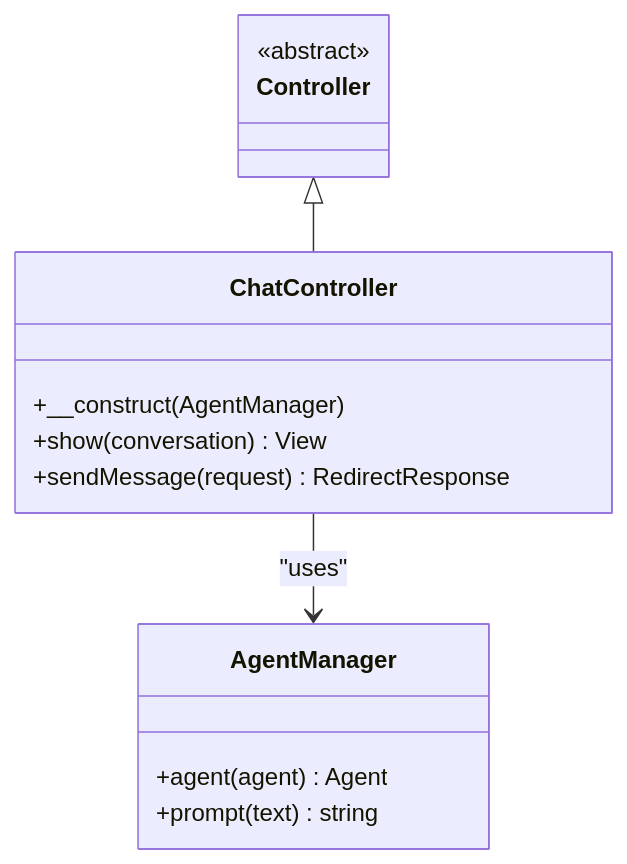
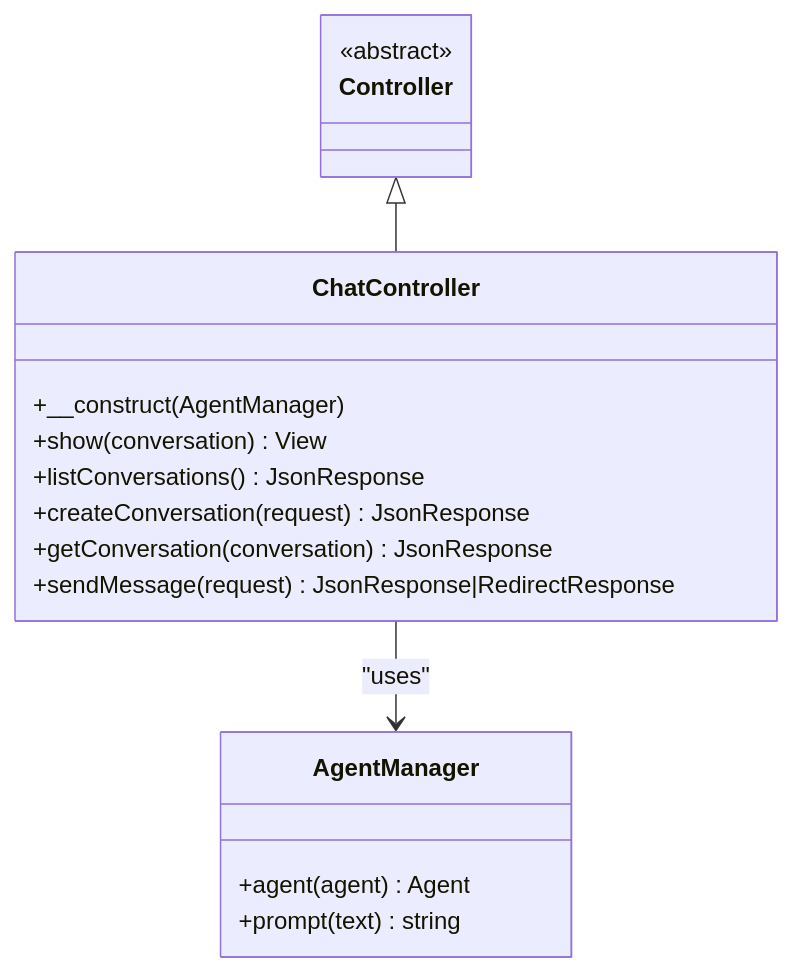
The third of 9 diagrams in .qoder/repowiki/en/content/Laravel Application Components/Routing.md (siimliimand/laravel-assistant), drawn with Mermaid before and after one commit. The commit also changed other lines of this file and 7 other files, not shown here.

````diff
--- a/.qoder/repowiki/en/content/Laravel Application Components/Routing.md
+++ b/.qoder/repowiki/en/content/Laravel Application Components/Routing.md
@@ -167,17 +205,20 @@
 ```mermaid
 classDiagram
 class Controller {
 <<abstract>>
 }
 class ChatController {
 +__construct(AgentManager)
 +show(conversation) View
-+sendMessage(request) RedirectResponse
++listConversations() JsonResponse
++createConversation(request) JsonResponse
++getConversation(conversation) JsonResponse
++sendMessage(request) JsonResponse|RedirectResponse
 }
 class AgentManager {
 +agent(agent) Agent
 +prompt(text) string
 }
 Controller <|-- ChatController
 ChatController --> AgentManager : "uses"
 ```
````
